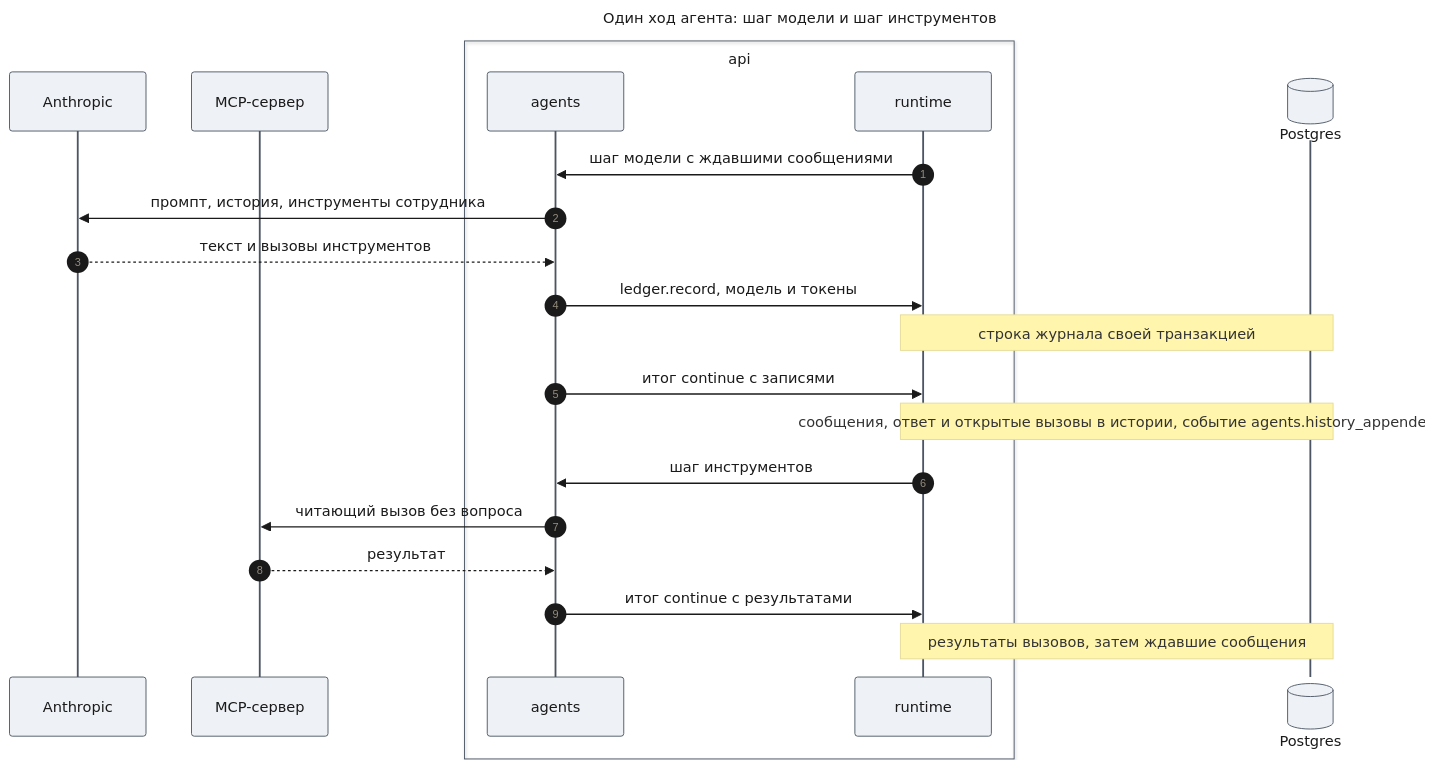
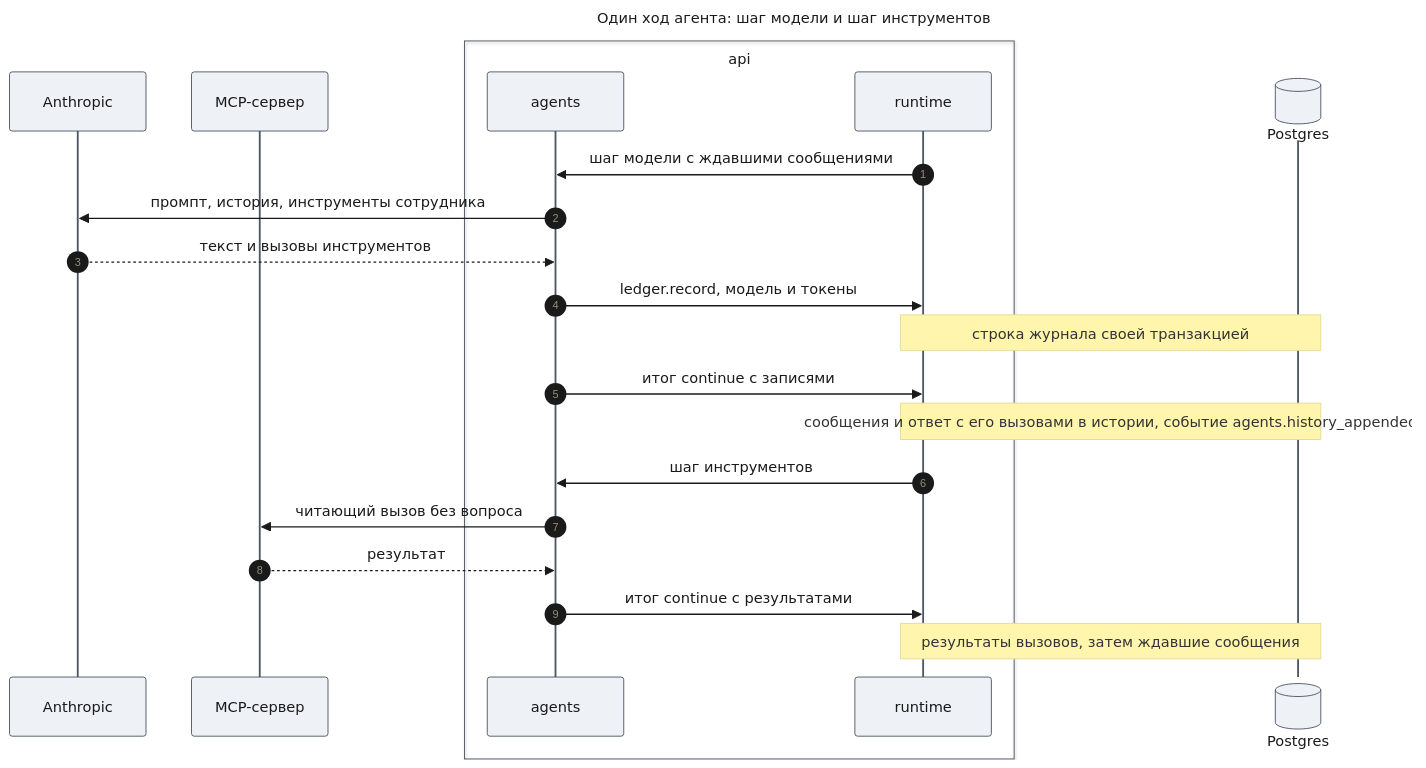
Before and after one commit to tundraray/agent-os: the fourth of 12 diagrams in docs/features/agent-platform/design-agents.md, drawn with Mermaid. The commit also changed other lines of this file and 1 other file, not shown here.

````diff
--- a/docs/features/agent-platform/design-agents.md
+++ b/docs/features/agent-platform/design-agents.md
@@ -328,46 +329,46 @@
 ```mermaid
 ---
 title: "Один ход агента: шаг модели и шаг инструментов"
 config:
   theme: base
   look: classic
   themeVariables:
     primaryColor: "#eef1f5"
     primaryBorderColor: "#4b5563"
     primaryTextColor: "#1a1a1a"
     lineColor: "#6b7280"
   themeCSS: |
     @keyframes lit_ga1{0%,10%{stroke:#991b1b;stroke-width:6px}11.11%,100%{stroke:#37474f;stroke-width:2px}}
     @keyframes litr_ga1{0%,10%{stroke:#1d4ed8;stroke-width:6px}11.11%,100%{stroke:#37474f;stroke-width:2px}}
     .messageLine0[data-id='i1'],.messageLine1[data-id='i1']{animation:litr_ga1 10.8s linear 0s infinite}
     .messageLine0[data-id='i2'],.messageLine1[data-id='i2']{animation:lit_ga1 10.8s linear 1.2s infinite}
     .messageLine0[data-id='i3'],.messageLine1[data-id='i3']{animation:litr_ga1 10.8s linear 2.4s infinite}
     .messageLine0[data-id='i4'],.messageLine1[data-id='i4']{animation:lit_ga1 10.8s linear 3.6s infinite}
     .messageLine0[data-id='i6'],.messageLine1[data-id='i6']{animation:lit_ga1 10.8s linear 4.8s infinite}
     .messageLine0[data-id='i8'],.messageLine1[data-id='i8']{animation:litr_ga1 10.8s linear 6s infinite}
     .messageLine0[data-id='i9'],.messageLine1[data-id='i9']{animation:lit_ga1 10.8s linear 7.2s infinite}
     .messageLine0[data-id='i10'],.messageLine1[data-id='i10']{animation:litr_ga1 10.8s linear 8.4s infinite}
     .messageLine0[data-id='i11'],.messageLine1[data-id='i11']{animation:lit_ga1 10.8s linear 9.6s infinite}
 ---
 sequenceDiagram
     autonumber
     participant M as Anthropic
     participant X as MCP-сервер
     box api
     participant AG as agents
     participant RT as runtime
     end
     participant DB@{ "type": "database" } as Postgres
     RT->>AG: шаг модели с ждавшими сообщениями
     AG->>M: промпт, история, инструменты сотрудника
     M-->>AG: текст и вызовы инструментов
     AG->>RT: ledger.record, модель и токены
     Note over RT,DB: строка журнала своей транзакцией
     AG->>RT: итог continue с записями
-    Note over RT,DB: сообщения, ответ и открытые вызовы в истории, событие agents.history_appended
+    Note over RT,DB: сообщения и ответ с его вызовами в истории, событие agents.history_appended
     RT->>AG: шаг инструментов
     AG->>X: читающий вызов без вопроса
     X-->>AG: результат
     AG->>RT: итог continue с результатами
     Note over RT,DB: результаты вызовов, затем ждавшие сообщения
 ```
````
